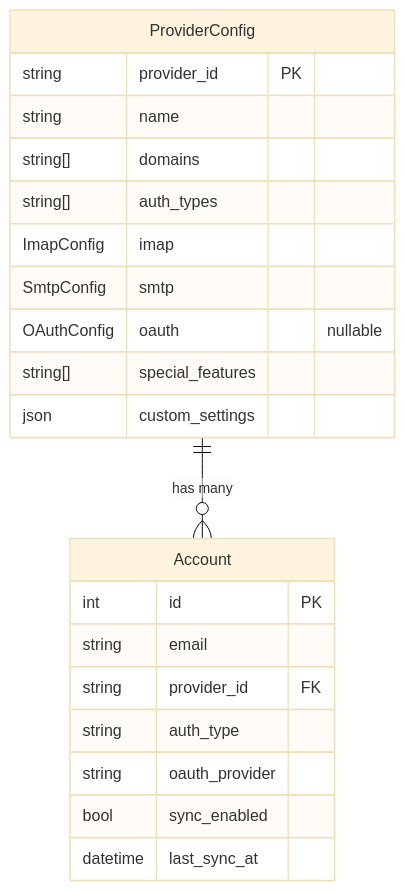
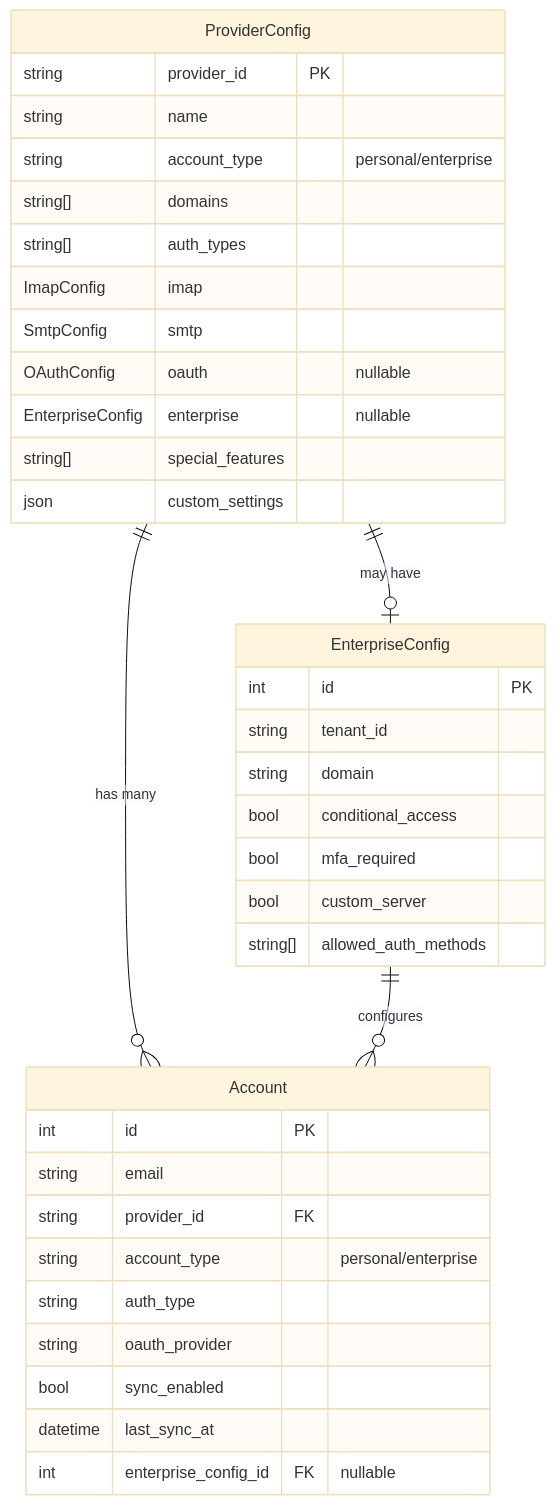
The third of 29 diagrams in docs/mail-flow-engine-design.md (spartajet/postium-mail), drawn with Mermaid (base theme) before and after one commit. The commit also changed other lines of this file and 1 other file, not shown here.

First line of the commit message:
Add enterprise email support to mail flow engine design

````diff
--- a/docs/mail-flow-engine-design.md
+++ b/docs/mail-flow-engine-design.md
@@ -236,26 +309,42 @@
 ```mermaid
 erDiagram
     ProviderConfig {
         string provider_id PK
         string name
+        string account_type "personal/enterprise"
         string[] domains
         string[] auth_types
         ImapConfig imap
         SmtpConfig smtp
         OAuthConfig oauth "nullable"
+        EnterpriseConfig enterprise "nullable"
         string[] special_features
         json custom_settings
+    }
+
+    EnterpriseConfig {
+        int id PK
+        string tenant_id
+        string domain
+        bool conditional_access
+        bool mfa_required
+        bool custom_server
+        string[] allowed_auth_methods
     }
 
     Account {
         int id PK
         string email
         string provider_id FK
+        string account_type "personal/enterprise"
         string auth_type
         string oauth_provider
         bool sync_enabled
         datetime last_sync_at
+        int enterprise_config_id FK "nullable"
     }
 
     ProviderConfig ||--o{ Account : "has many"
+    EnterpriseConfig ||--o{ Account : "configures"
+    ProviderConfig ||--o| EnterpriseConfig : "may have"
 ```
````
